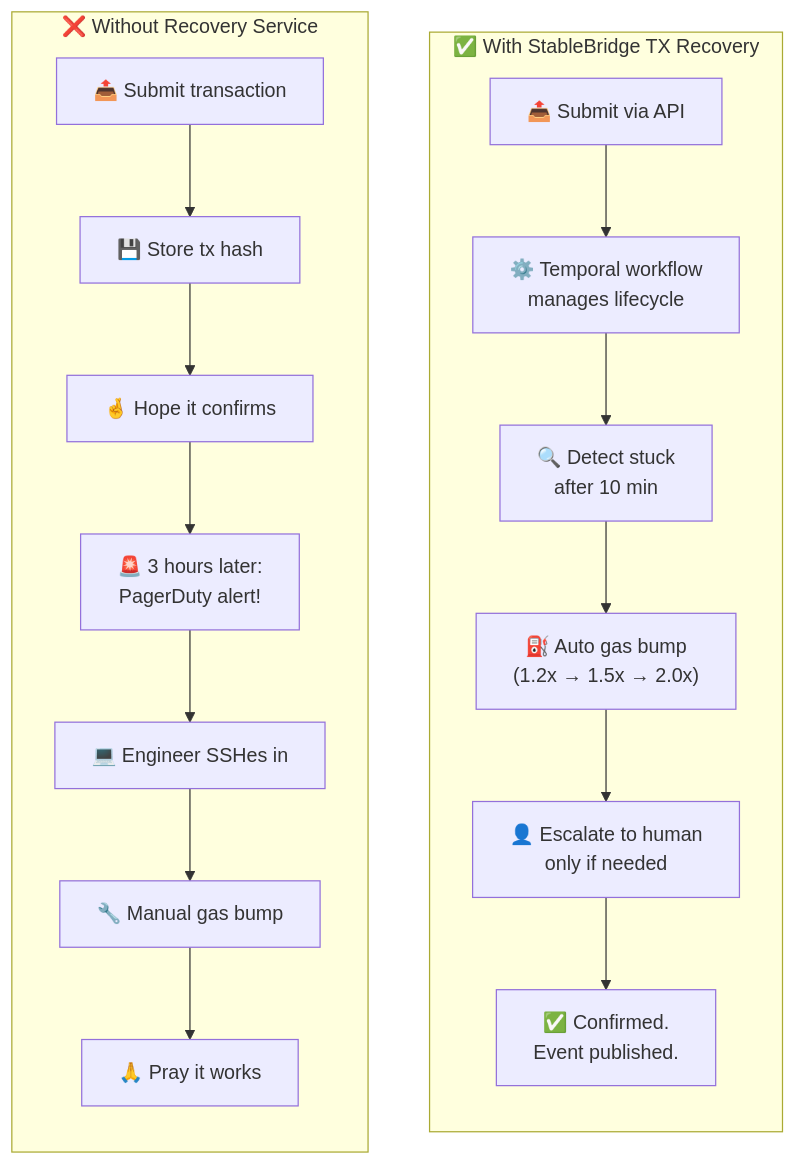
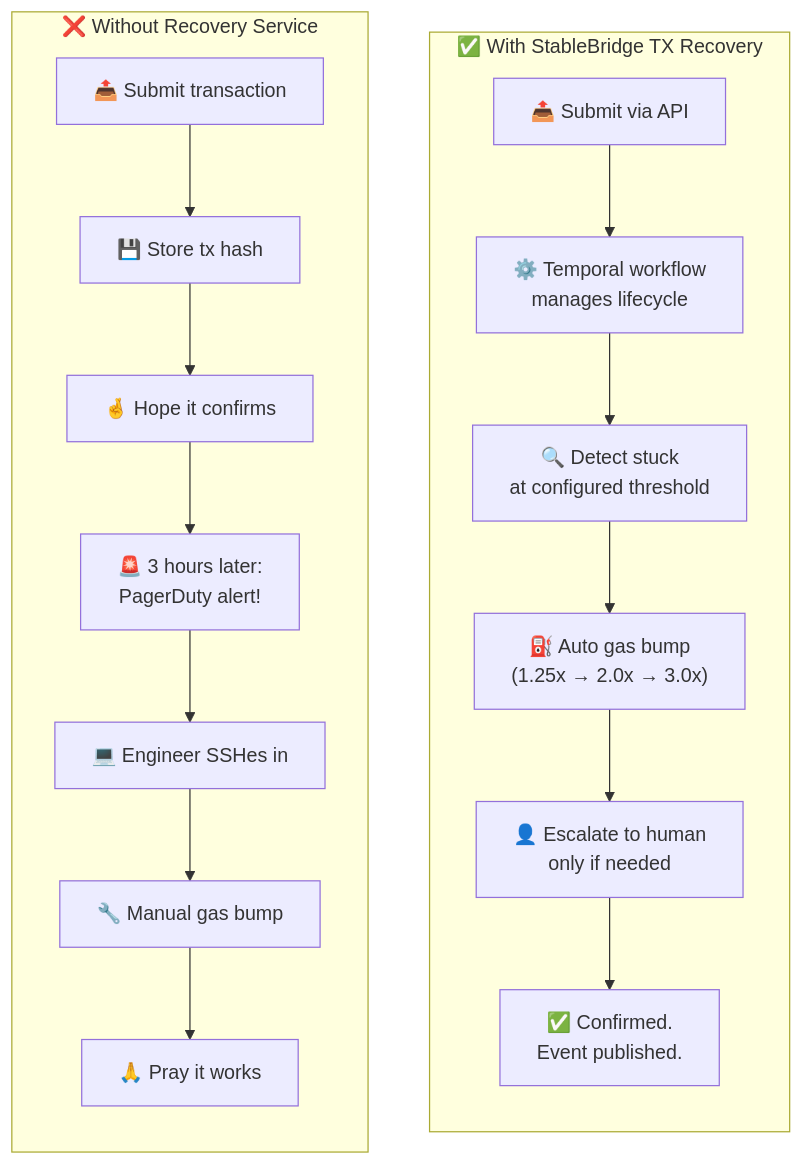
Before and after one commit to Puneethkumarck/stablebridge-tx-recovery: the second of 10 diagrams in README.md, drawn with Mermaid. The commit also changed other lines of this file, not shown here.

````diff
--- a/README.md
+++ b/README.md
@@ -150,23 +1074,23 @@
 ```mermaid
 flowchart LR
     subgraph Without["❌ Without Recovery Service"]
         direction TB
         A1["📤 Submit transaction"] --> A2["💾 Store tx hash"]
         A2 --> A3["🤞 Hope it confirms"]
         A3 --> A4["🚨 3 hours later:<br/>PagerDuty alert!"]
         A4 --> A5["💻 Engineer SSHes in"]
         A5 --> A6["🔧 Manual gas bump"]
         A6 --> A7["🙏 Pray it works"]
     end
 
     subgraph With["✅ With StableBridge TX Recovery"]
         direction TB
         B1["📤 Submit via API"] --> B2["⚙️ Temporal workflow<br/>manages lifecycle"]
-        B2 --> B3["🔍 Detect stuck<br/>after 10 min"]
-        B3 --> B4["⛽ Auto gas bump<br/>(1.2x → 1.5x → 2.0x)"]
+        B2 --> B3["🔍 Detect stuck<br/>at configured threshold"]
+        B3 --> B4["⛽ Auto gas bump<br/>(1.25x → 2.0x → 3.0x)"]
         B4 --> B5["👤 Escalate to human<br/>only if needed"]
         B5 --> B6["✅ Confirmed.<br/>Event published."]
     end
 
     Without ~~~ With
 ```
````
